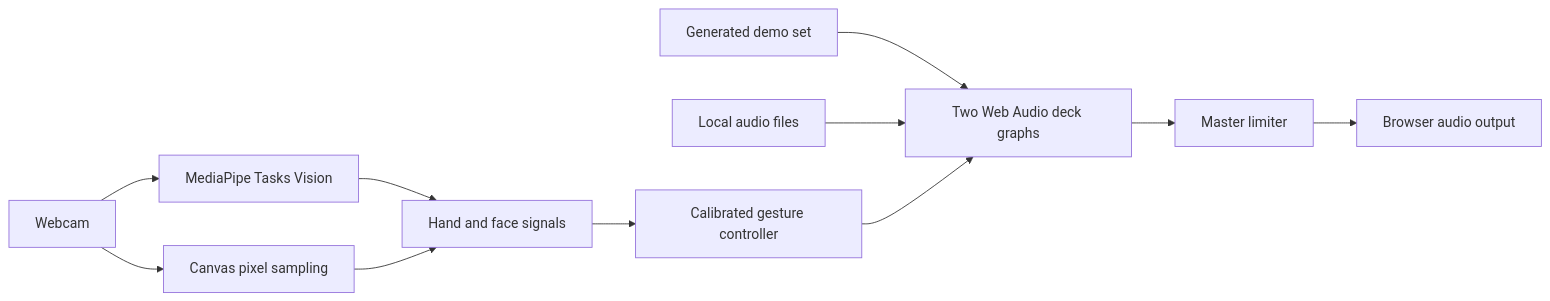
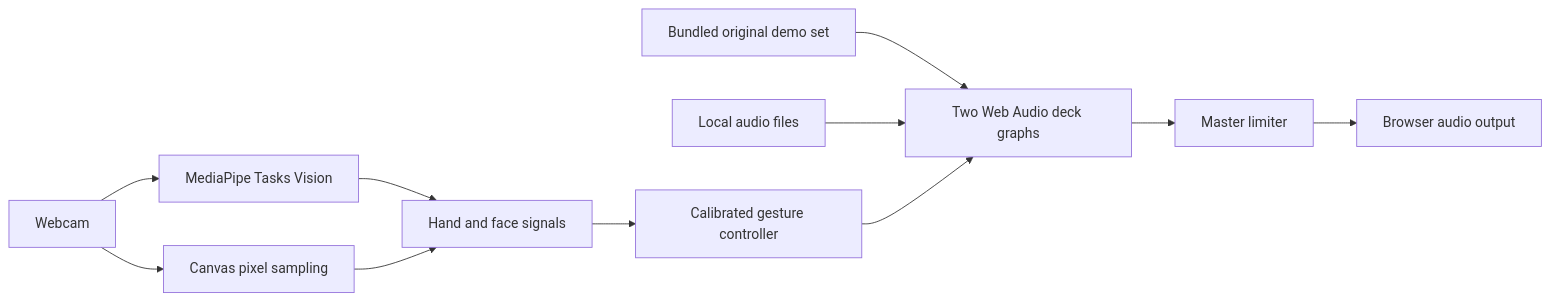
The diagram in README.md (kaantaskentt/conductor-vision), drawn with Mermaid before and after one commit. The commit also changed other lines of this file and 23 other files, not shown here.

Commit message:
feat: stabilize dual-hand performance flow

````diff
--- a/README.md
+++ b/README.md
@@ -91,13 +92,13 @@
 ```mermaid
 flowchart LR
   Camera["Webcam"] --> Vision["MediaPipe Tasks Vision"]
   Vision --> Signals["Hand and face signals"]
   Camera --> Pixels["Canvas pixel sampling"]
   Pixels --> Signals
-  Demo["Generated demo set"] --> Decks["Two Web Audio deck graphs"]
+  Demo["Bundled original demo set"] --> Decks["Two Web Audio deck graphs"]
   Files["Local audio files"] --> Decks
   Signals --> Gestures["Calibrated gesture controller"]
   Gestures --> Decks
   Decks --> Limiter["Master limiter"]
   Limiter --> Output["Browser audio output"]
 ```
````
